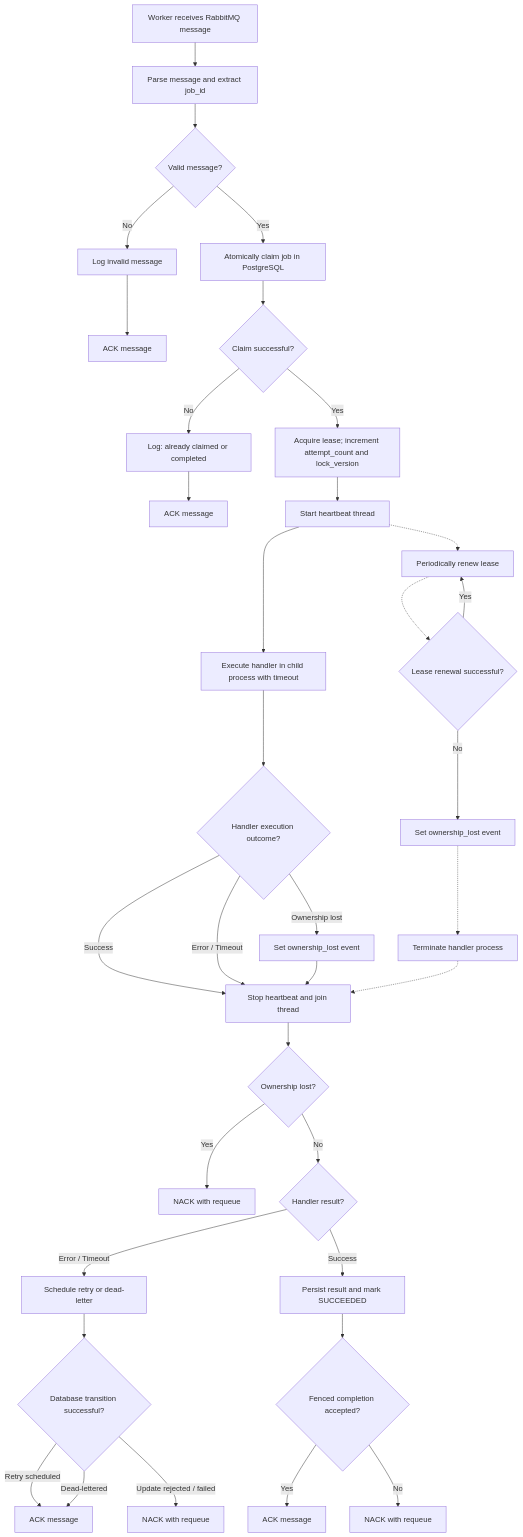
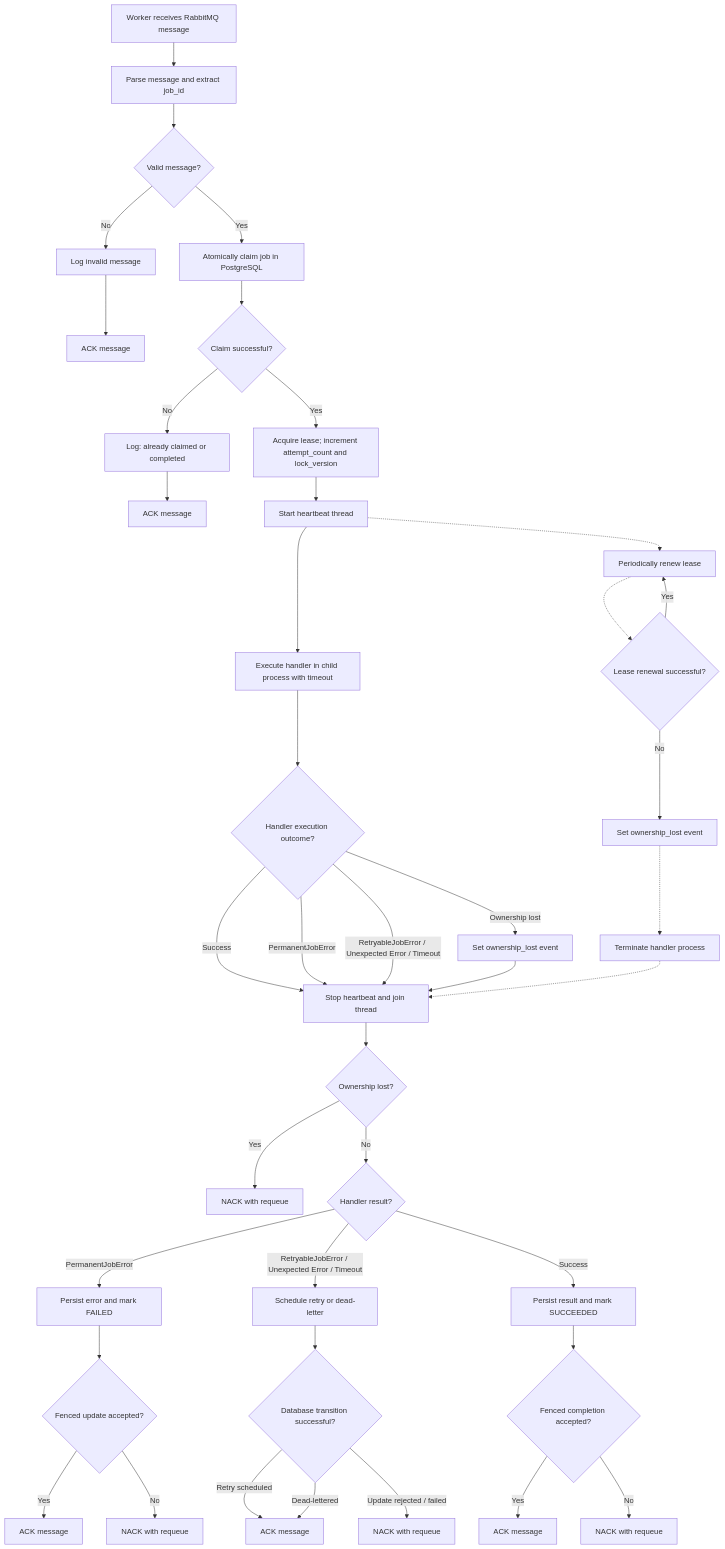
One commit to alavudeenb/async-job-processor changed the third of 3 diagrams in README.md. Above: the diagram before and after it, drawn with Mermaid. The commit also changed other lines of this file, not shown here.

Commit message:
Updated README.md file

````diff
--- a/README.md
+++ b/README.md
@@ -334,47 +334,55 @@
 ```mermaid
+
 flowchart TD
     Start["Worker receives RabbitMQ message"] --> Parse["Parse message and extract job_id"]
     Parse --> Valid{"Valid message?"}
 
     Valid -->|"No"| Invalid["Log invalid message"]
     Invalid --> AckInvalid["ACK message"]
 
     Valid -->|"Yes"| Claim["Atomically claim job in PostgreSQL"]
     Claim --> Claimed{"Claim successful?"}
 
     Claimed -->|"No"| Log["Log: already claimed or completed"]
     Log --> AckDuplicate["ACK message"]
 
     Claimed -->|"Yes"| Lease["Acquire lease; increment attempt_count and lock_version"]
     Lease --> StartHeartbeat["Start heartbeat thread"]
     StartHeartbeat --> Execute["Execute handler in child process with timeout"]
 
     StartHeartbeat -.-> Renew["Periodically renew lease"]
     Renew -.-> Renewed{"Lease renewal successful?"}
     Renewed -->|"Yes"| Renew
     Renewed -->|"No"| Lost["Set ownership_lost event"]
     Lost -.-> Terminate["Terminate handler process"]
 
     Execute --> Outcome{"Handler execution outcome?"}
     Outcome -->|"Success"| StopHeartbeat["Stop heartbeat and join thread"]
-    Outcome -->|"Error / Timeout"| StopHeartbeat
+    Outcome -->|"PermanentJobError"| StopHeartbeat
+    Outcome -->|"RetryableJobError / Unexpected Error / Timeout"| StopHeartbeat
     Outcome -->|"Ownership lost"| SetLost["Set ownership_lost event"]
     SetLost --> StopHeartbeat
 
     StopHeartbeat --> CheckOwnership{"Ownership lost?"}
     CheckOwnership -->|"Yes"| NackLost["NACK with requeue"]
     CheckOwnership -->|"No"| Result{"Handler result?"}
 
-    Result -->|"Error / Timeout"| Retry["Schedule retry or dead-letter"]
+    Result -->|"PermanentJobError"| Permanent["Persist error and mark FAILED"]
+    Permanent --> PermanentFenced{"Fenced update accepted?"}
+    PermanentFenced -->|"Yes"| AckPermanent["ACK message"]
+    PermanentFenced -->|"No"| NackPermanent["NACK with requeue"]
+
+    Result -->|"RetryableJobError / Unexpected Error / Timeout"| Retry["Schedule retry or dead-letter"]
     Retry --> RetryOutcome{"Database transition successful?"}
     RetryOutcome -->|"Retry scheduled"| AckRetry["ACK message"]
     RetryOutcome -->|"Dead-lettered"| AckRetry
     RetryOutcome -->|"Update rejected / failed"| NackRetry["NACK with requeue"]
 
     Result -->|"Success"| Complete["Persist result and mark SUCCEEDED"]
     Complete --> Fenced{"Fenced completion accepted?"}
     Fenced -->|"Yes"| AckSuccess["ACK message"]
     Fenced -->|"No"| NackComplete["NACK with requeue"]
 
     Terminate -.-> StopHeartbeat
+
 ```
````
